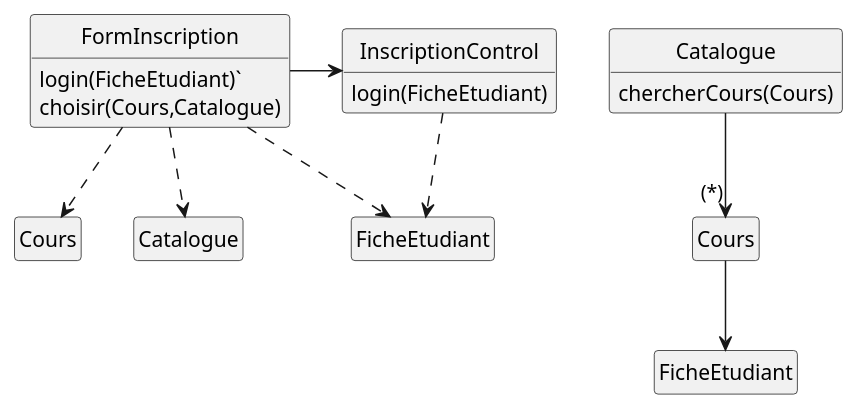
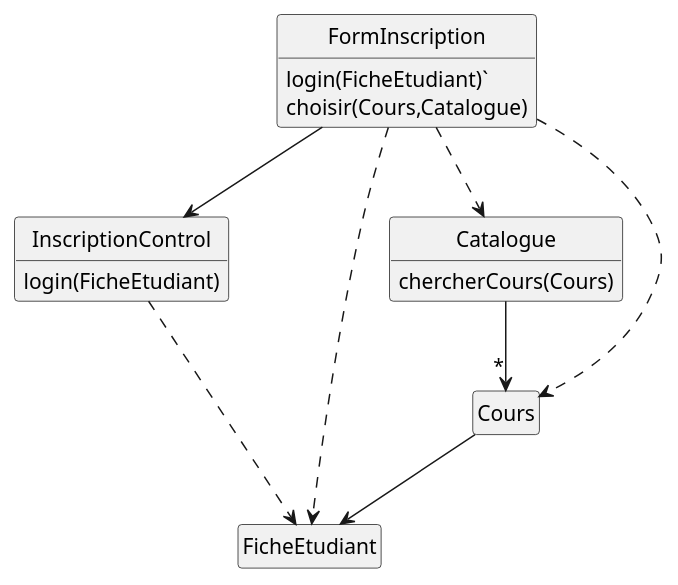
One commit to IUT-Blagnac/POO changed the diagram in COO/images/plantuml/CD-exam2019.plantuml. Above: the diagram before and after it, drawn with PlantUML.

```diff
--- a/COO/images/plantuml/CD-exam2019.plantuml
+++ b/COO/images/plantuml/CD-exam2019.plantuml
@@ -1,38 +1,38 @@
 @startuml CD-exam2019
 
 ' definitions
 ' -----------
 hide circle
 hide empty methods
 hide empty attributes
 
 class fi as "FormInscription"
 class ic as "InscriptionControl"
 class fe as "FicheEtudiant"
 class cat as "Catalogue"
-class c as "Cours"
+class cours as "Cours"
 
 class fi {
     login(FicheEtudiant)`
     choisir(Cours,Catalogue)
 }
 
 class ic  {
     login(FicheEtudiant)
 }
 
 class cat {
     chercherCours(Cours)
 }
 
-fi ..> FicheEtudiant
-fi ..> Cours
-fi ..> Catalogue
-ic ..> FicheEtudiant
+fi ..> fe
+fi ..> cours
+fi ..> cat
+ic ..> fe
 
-cat --> "(*)" c
+cat --> "*" cours
 
-c --> fe
+cours --> fe
 
 fi -> ic
 @enduml
```
